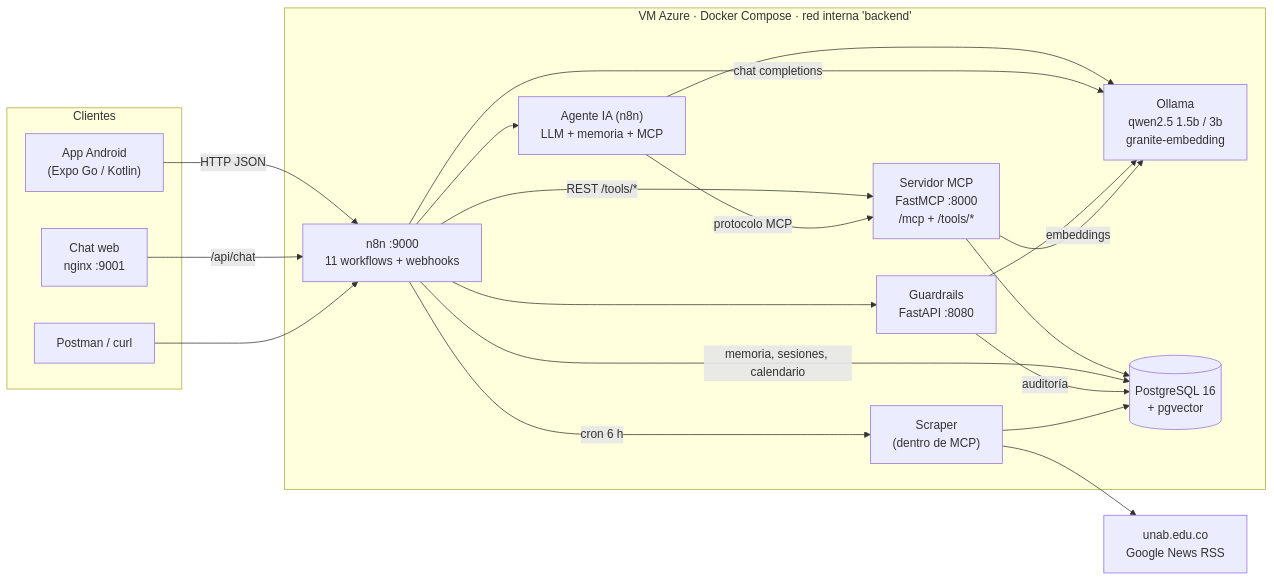
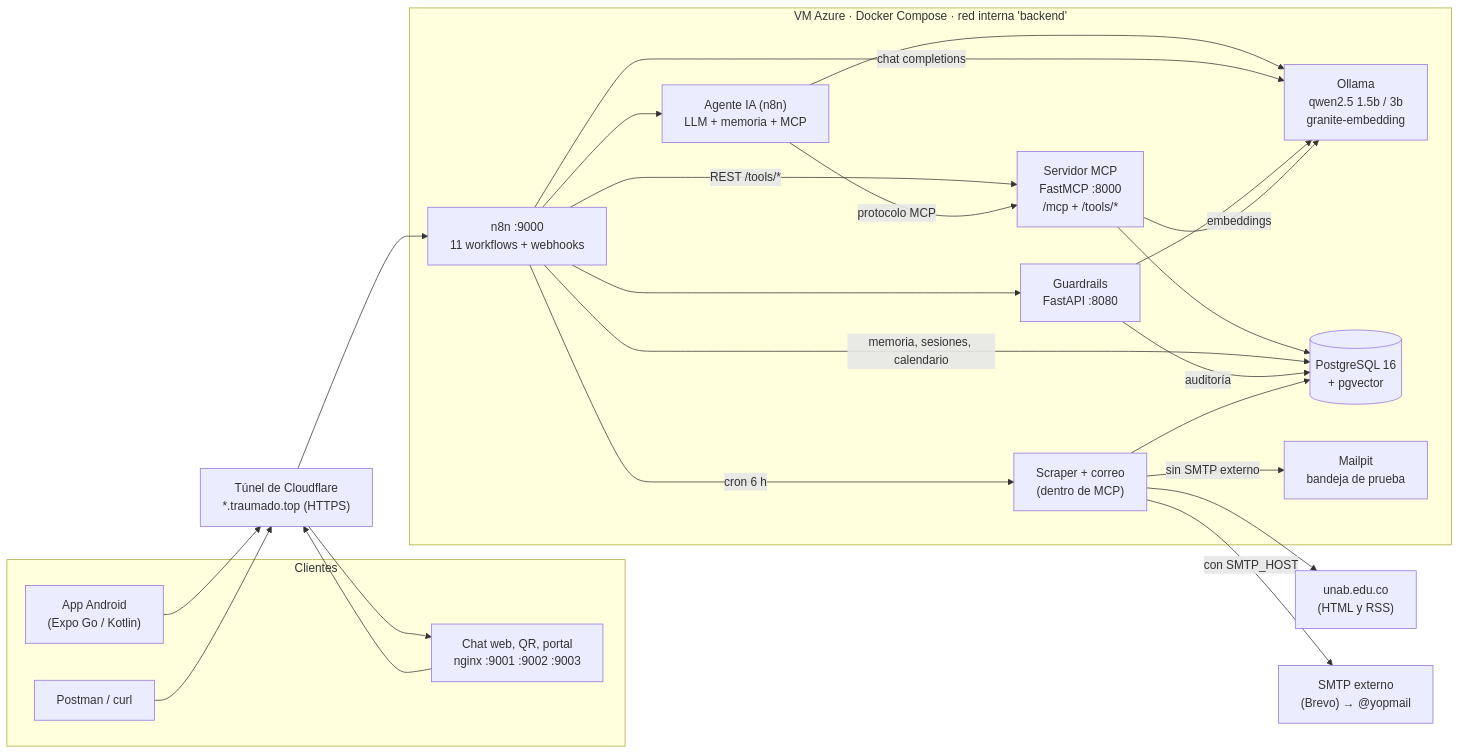
The first of 2 diagrams in README.md (JorgeLuquetta/Chatbot-UNAB), drawn with Mermaid before and after one commit. The commit also changed other lines of this file and 35 other files, not shown here.

````diff
--- a/README.md
+++ b/README.md
@@ -83,35 +123,42 @@
 ```mermaid
 flowchart LR
   subgraph Clientes
     APP["App Android<br/>(Expo Go / Kotlin)"]
-    WEB["Chat web<br/>nginx :9001"]
+    WEB["Chat web, QR, portal<br/>nginx :9001 :9002 :9003"]
     CURL["Postman / curl"]
   end
+  CF["Túnel de Cloudflare<br/>*.traumado.top (HTTPS)"]
   subgraph VM["VM Azure · Docker Compose · red interna 'backend'"]
     N8N["n8n :9000<br/>11 workflows + webhooks"]
     AG["Agente IA (n8n)<br/>LLM + memoria + MCP"]
     GR["Guardrails<br/>FastAPI :8080"]
     MCP["Servidor MCP<br/>FastMCP :8000<br/>/mcp + /tools/*"]
     OL["Ollama<br/>qwen2.5 1.5b / 3b<br/>granite-embedding"]
     PG[("PostgreSQL 16<br/>+ pgvector")]
-    SCR["Scraper<br/>(dentro de MCP)"]
+    SCR["Scraper + correo<br/>(dentro de MCP)"]
+    MP["Mailpit<br/>bandeja de prueba"]
   end
-  NEWS["unab.edu.co<br/>Google News RSS"]
-  APP -->|HTTP JSON| N8N
-  WEB -->|/api/chat| N8N
-  CURL --> N8N
+  NEWS["unab.edu.co<br/>(HTML y RSS)"]
+  SMTP["SMTP externo<br/>(Brevo) → @yopmail"]
+  APP --> CF
+  WEB --> CF
+  CURL --> CF
+  CF --> N8N
+  CF --> WEB
   N8N --> GR
   N8N -->|REST /tools/*| MCP
   N8N --> AG
   AG -->|protocolo MCP| MCP
   AG --> OL
   N8N -->|chat completions| OL
   GR --> OL
   MCP -->|embeddings| OL
   MCP --> PG
   N8N -->|memoria, sesiones, calendario| PG
   GR -->|auditoría| PG
   N8N -->|cron 6 h| SCR
   SCR --> NEWS
   SCR --> PG
+  SCR -->|sin SMTP externo| MP
+  SCR -->|con SMTP_HOST| SMTP
 ```
````
